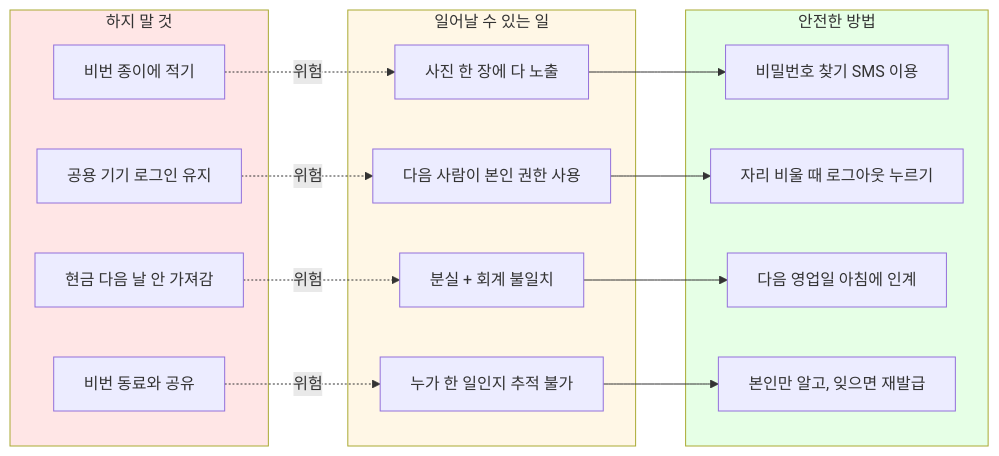
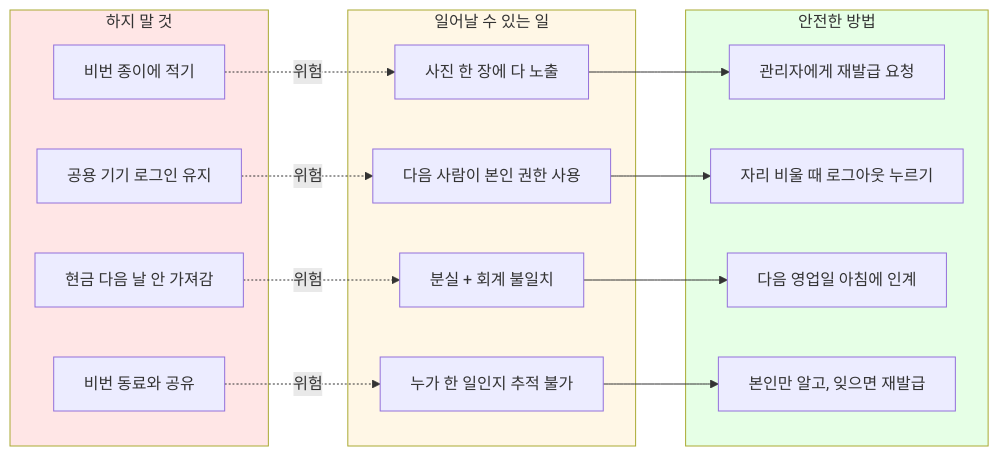
The fifth of 6 diagrams in docs/HOW_TO_USE.md (JoJakeTaemoon/jakes-home-appliances-soms), drawn with Mermaid before and after one commit. The commit also changed other lines of this file and 46 other files, not shown here.

````diff
--- a/docs/HOW_TO_USE.md
+++ b/docs/HOW_TO_USE.md
@@ -591,32 +587,32 @@
 ```mermaid
 flowchart LR
   subgraph Danger[하지 말 것]
     D1[비번 종이에 적기]
     D2[공용 기기 로그인 유지]
     D3[현금 다음 날 안 가져감]
     D4[비번 동료와 공유]
   end
 
   subgraph Risk[일어날 수 있는 일]
     R1[사진 한 장에 다 노출]
     R2[다음 사람이 본인 권한 사용]
     R3[분실 + 회계 불일치]
     R4[누가 한 일인지 추적 불가]
   end
 
   subgraph Safe[안전한 방법]
-    S1[비밀번호 찾기 SMS 이용]
+    S1[관리자에게 재발급 요청]
     S2[자리 비울 때 로그아웃 누르기]
     S3[다음 영업일 아침에 인계]
     S4[본인만 알고, 잊으면 재발급]
   end
 
   D1 -.위험.-> R1 --> S1
   D2 -.위험.-> R2 --> S2
   D3 -.위험.-> R3 --> S3
   D4 -.위험.-> R4 --> S4
 
   style Danger fill:#ffe6e6
   style Risk fill:#fff7e6
   style Safe fill:#e6ffe6
 ```
````
